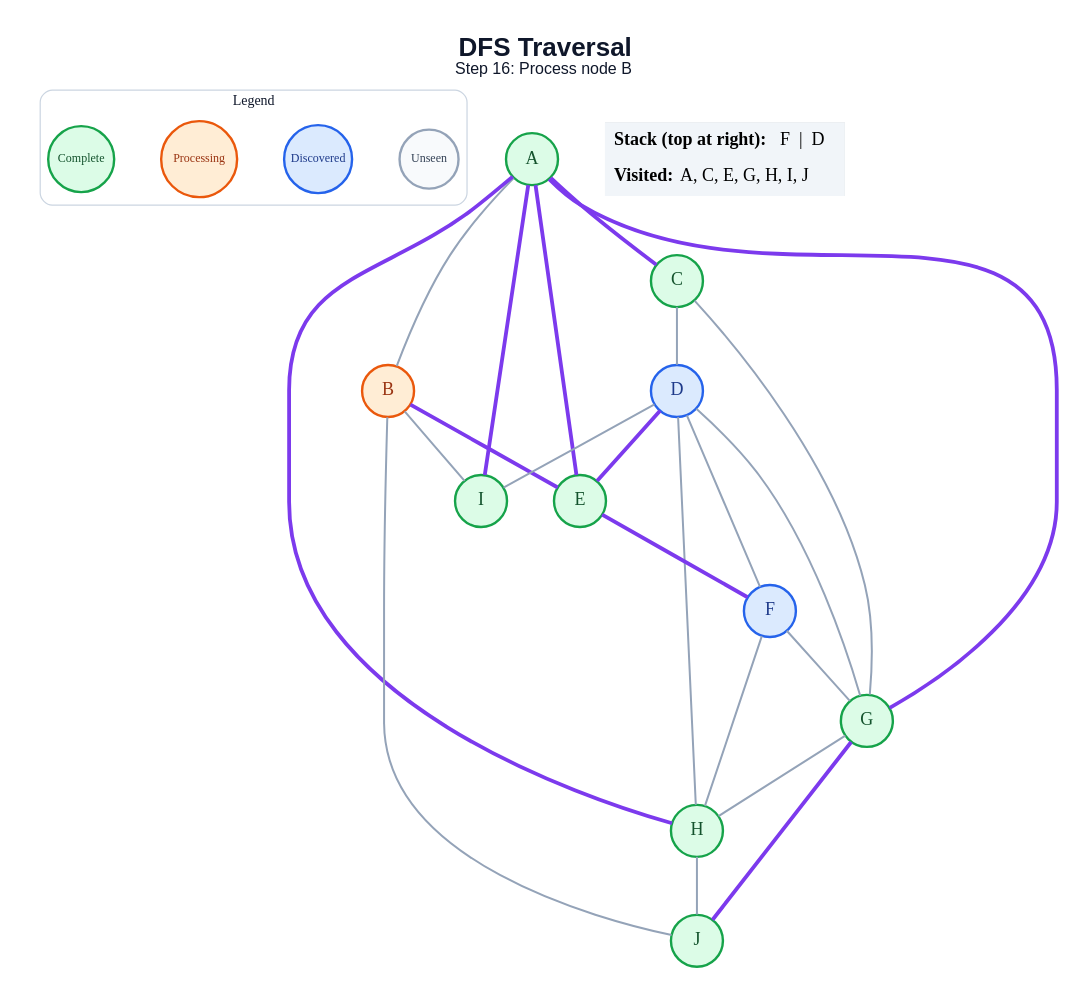
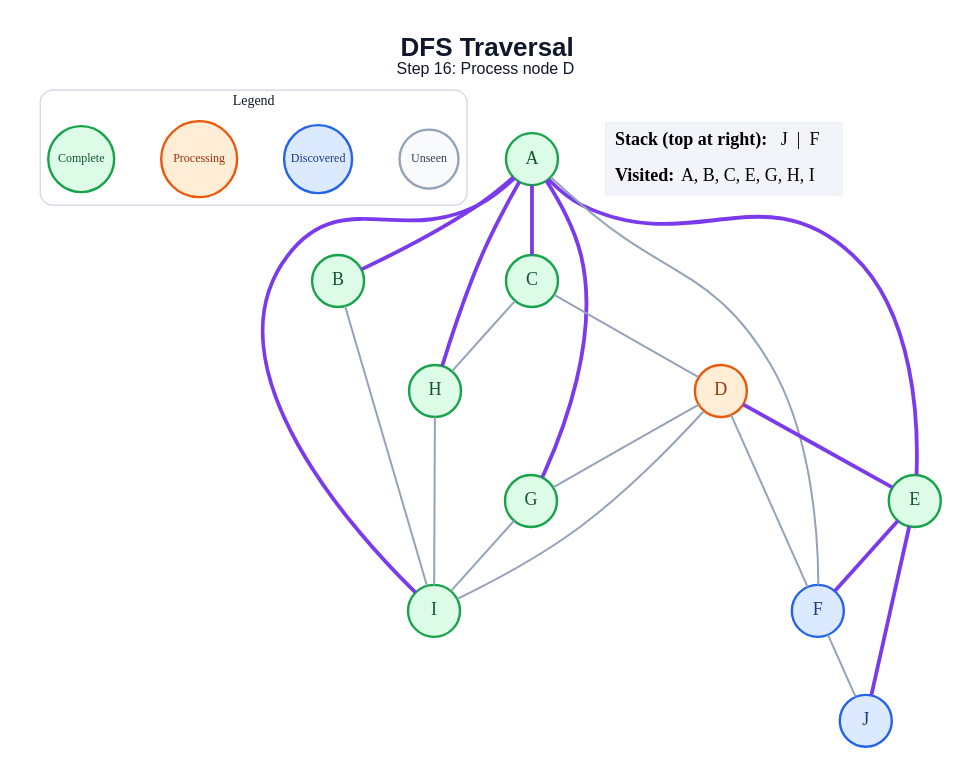
One commit to amanghodawala9/ai-slop changed the diagram in generated/specific-node/dfs/step_16.dot. Above: the diagram before and after it, drawn with Graphviz. The commit also changed 178 other files, not shown here.

```diff
--- a/generated/specific-node/dfs/step_16.dot
+++ b/generated/specific-node/dfs/step_16.dot
@@ -1,51 +1,48 @@
 graph traversal {
   graph [layout=dot, rankdir=TB, bgcolor="#FFFFFF", pad="0.35", nodesep="0.65", ranksep="0.8", fontname="Arial"];
   node [shape=circle, style="filled", fontname="Arial Bold", fontsize=18, width=0.72, fixedsize=true, penwidth=2.4];
   edge [color="#94A3B8", penwidth=2.0];
-  label=<<B>DFS Traversal</B><BR/><FONT POINT-SIZE="16">Step 16: Process node B</FONT>>; labelloc="t"; fontsize=26; fontname="Arial"; fontcolor="#0F172A";
+  label=<<B>DFS Traversal</B><BR/><FONT POINT-SIZE="16">Step 16: Process node D</FONT>>; labelloc="t"; fontsize=26; fontname="Arial"; fontcolor="#0F172A";
   subgraph cluster_legend { label="Legend"; color="#CBD5E1"; penwidth=1.2; style="rounded"; fontsize=14; fontname="Arial Bold";
     key_unseen [label="Unseen", fillcolor="#F8FAFC", color="#94A3B8", fontcolor="#334155", fontsize=12, width=0.82];
     key_frontier [label="Discovered", fillcolor="#DBEAFE", color="#2563EB", fontcolor="#1E3A8A", fontsize=12, width=0.95];
     key_current [label="Processing", fillcolor="#FFEDD5", color="#EA580C", fontcolor="#9A3412", fontsize=12, width=1.05];
     key_done [label="Complete", fillcolor="#DCFCE7", color="#16A34A", fontcolor="#14532D", fontsize=12, width=0.92];
     { rank=same; key_unseen; key_frontier; key_current; key_done; }
   }
   A [fillcolor="#DCFCE7", color="#16A34A", fontcolor="#14532D"];
-  B [fillcolor="#FFEDD5", color="#EA580C", fontcolor="#9A3412"];
+  B [fillcolor="#DCFCE7", color="#16A34A", fontcolor="#14532D"];
   C [fillcolor="#DCFCE7", color="#16A34A", fontcolor="#14532D"];
-  D [fillcolor="#DBEAFE", color="#2563EB", fontcolor="#1E3A8A"];
+  D [fillcolor="#FFEDD5", color="#EA580C", fontcolor="#9A3412"];
   E [fillcolor="#DCFCE7", color="#16A34A", fontcolor="#14532D"];
   F [fillcolor="#DBEAFE", color="#2563EB", fontcolor="#1E3A8A"];
   G [fillcolor="#DCFCE7", color="#16A34A", fontcolor="#14532D"];
   H [fillcolor="#DCFCE7", color="#16A34A", fontcolor="#14532D"];
   I [fillcolor="#DCFCE7", color="#16A34A", fontcolor="#14532D"];
-  J [fillcolor="#DCFCE7", color="#16A34A", fontcolor="#14532D"];
-  A -- B;
+  J [fillcolor="#DBEAFE", color="#2563EB", fontcolor="#1E3A8A"];
+  A -- B [color="#7C3AED", penwidth=3.8];
   A -- C [color="#7C3AED", penwidth=3.8];
   A -- E [color="#7C3AED", penwidth=3.8];
+  A -- F;
   A -- G [color="#7C3AED", penwidth=3.8];
   A -- H [color="#7C3AED", penwidth=3.8];
   A -- I [color="#7C3AED", penwidth=3.8];
-  B -- E [color="#7C3AED", penwidth=3.8];
   B -- I;
-  B -- J;
   C -- D;
-  C -- G;
+  C -- H;
   D -- E [color="#7C3AED", penwidth=3.8];
   D -- F;
   D -- G;
-  D -- H;
   D -- I;
   E -- F [color="#7C3AED", penwidth=3.8];
-  F -- G;
-  F -- H;
-  G -- H;
-  G -- J [color="#7C3AED", penwidth=3.8];
-  H -- J;
+  E -- J [color="#7C3AED", penwidth=3.8];
+  F -- J;
+  G -- I;
+  H -- I;
   status [shape=plain, fixedsize=false, width=0, height=0, margin=0, label=<
     <TABLE BORDER="0" CELLBORDER="0" CELLPADDING="7" BGCOLOR="#F1F5F9">
-      <TR><TD ALIGN="LEFT"><B>Stack (top at right):</B> F  |  D</TD></TR>
-      <TR><TD ALIGN="LEFT"><B>Visited:</B> A, C, E, G, H, I, J</TD></TR>
+      <TR><TD ALIGN="LEFT"><B>Stack (top at right):</B> J  |  F</TD></TR>
+      <TR><TD ALIGN="LEFT"><B>Visited:</B> A, B, C, E, G, H, I</TD></TR>
     </TABLE>
   >];
 }
```
